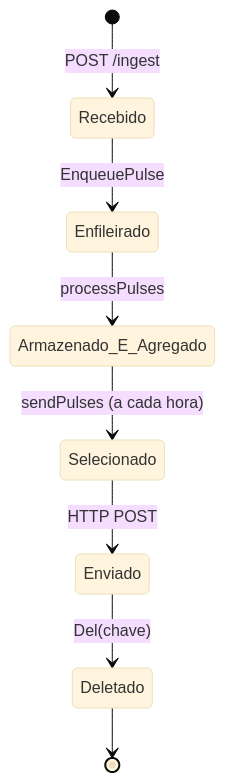
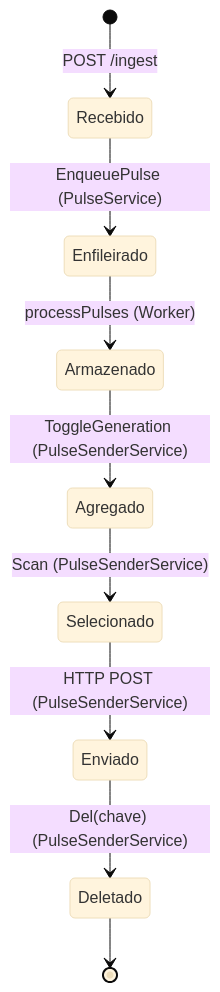
One commit to ThalysSilva/ingestor-consumo changed the fourth of 4 diagrams in README.md. Above: the diagram before and after it, drawn with Mermaid (base theme). The commit also changed other lines of this file, not shown here.

````diff
--- a/README.md
+++ b/README.md
@@ -313,10 +332,11 @@
 ```mermaid
 stateDiagram-v2
     [*] --> Recebido: POST /ingest
-    Recebido --> Enfileirado: EnqueuePulse
-    Enfileirado --> Armazenado_E_Agregado: processPulses
-    Armazenado_E_Agregado --> Selecionado: sendPulses (a cada hora)
-    Selecionado --> Enviado: HTTP POST
-    Enviado --> Deletado: Del(chave)
+    Recebido --> Enfileirado: EnqueuePulse (PulseService)
+    Enfileirado --> Armazenado: processPulses (Worker)
+    Armazenado --> Agregado: ToggleGeneration (PulseSenderService)
+    Agregado --> Selecionado: Scan (PulseSenderService)
+    Selecionado --> Enviado: HTTP POST (PulseSenderService)
+    Enviado --> Deletado: Del(chave) (PulseSenderService)
     Deletado --> [*]
 ```
````
